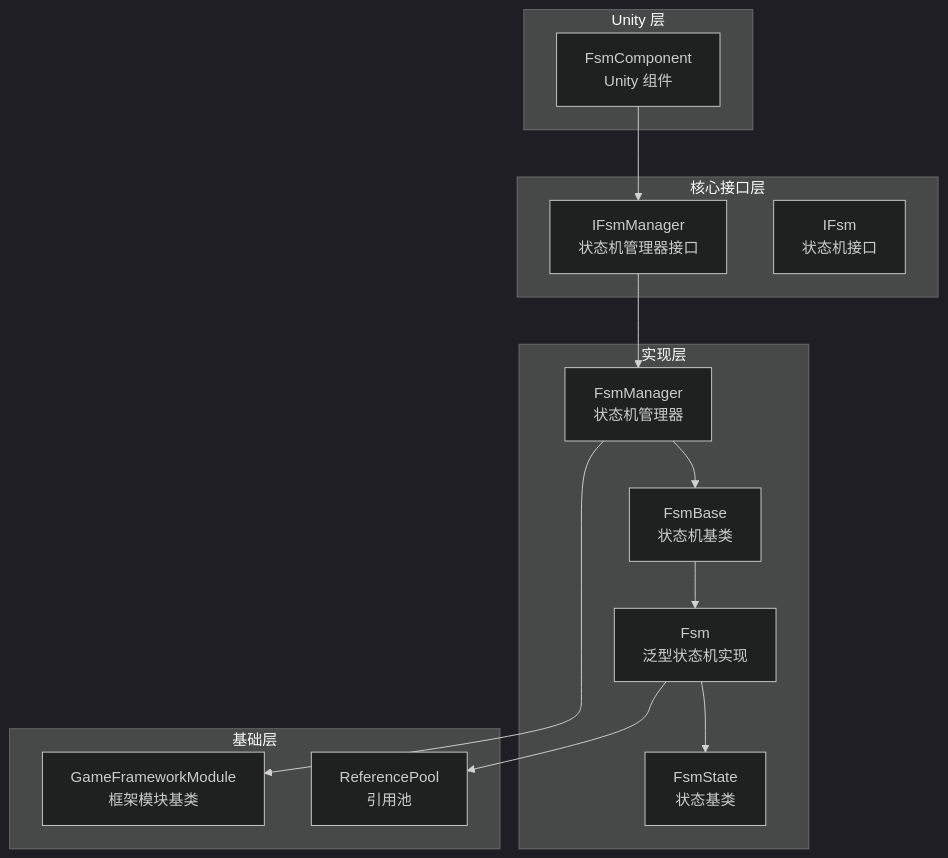
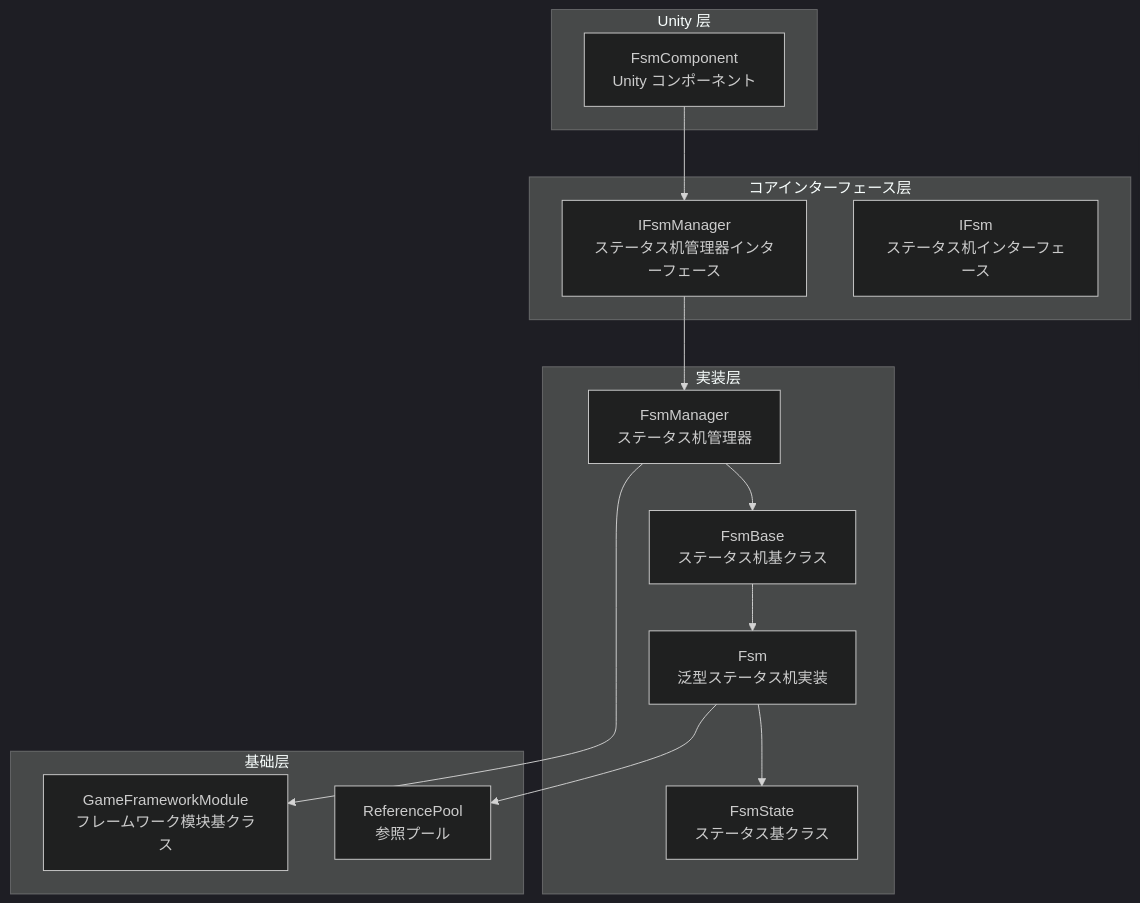
One commit to AlianBlank/GameFrameX.Docs changed the first of 4 diagrams in docs/ja/client/unity/component/fsm/01.overview.md. Above: the diagram before and after it, drawn with Mermaid (dark theme). The commit also changed other lines of this file and 603 other files, not shown here.

````diff
--- a/docs/ja/client/unity/component/fsm/01.overview.md
+++ b/docs/ja/client/unity/component/fsm/01.overview.md
@@ -22,31 +22,31 @@
 ```mermaid
 graph TD
     subgraph External["Unity 层"]
-        FsmComponent[FsmComponent<br/>Unity 组件]
+        FsmComponent[FsmComponent<br/>Unity コンポーネント]
     end
 
-    subgraph Core["核心接口层"]
-        IFsmManager[IFsmManager<br/>状态机管理器接口]
-        IFsm[IFsm<br/>状态机接口]
+    subgraph Core["コアインターフェース层"]
+        IFsmManager[IFsmManager<br/>ステータス机管理器インターフェース]
+        IFsm[IFsm<br/>ステータス机インターフェース]
     end
 
-    subgraph Implementation["实现层"]
-        FsmManager[FsmManager<br/>状态机管理器]
-        FsmBase[FsmBase<br/>状态机基类]
-        Fsm[Fsm<br/>泛型状态机实现]
-        FsmState[FsmState<br/>状态基类]
+    subgraph Implementation["実装层"]
+        FsmManager[FsmManager<br/>ステータス机管理器]
+        FsmBase[FsmBase<br/>ステータス机基クラス]
+        Fsm[Fsm<br/>泛型ステータス机実装]
+        FsmState[FsmState<br/>ステータス基クラス]
     end
 
     subgraph Foundation["基础层"]
-        GameFrameworkModule[GameFrameworkModule<br/>框架模块基类]
-        ReferencePool[ReferencePool<br/>引用池]
+        GameFrameworkModule[GameFrameworkModule<br/>フレームワーク模块基クラス]
+        ReferencePool[ReferencePool<br/>参照プール]
     end
 
     FsmComponent --> IFsmManager
     IFsmManager --> FsmManager
     FsmManager --> FsmBase
     FsmBase --> Fsm
     Fsm --> FsmState
     FsmManager --> GameFrameworkModule
     Fsm --> ReferencePool
 ```
````
